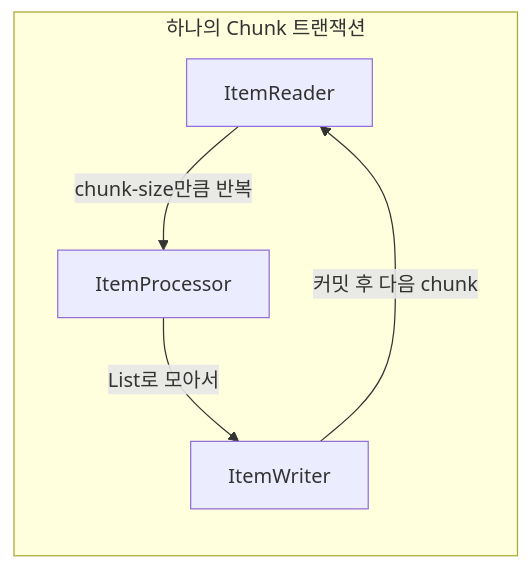
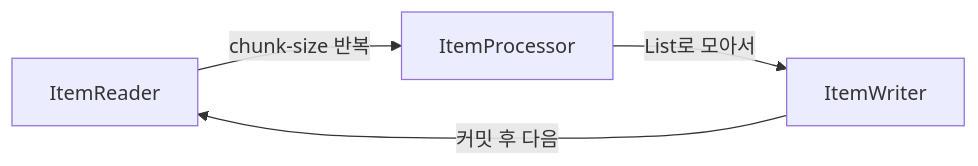
One commit to yjkim2015/yjkim2015.github.io changed the third of 5 diagrams in _posts/batch/2026-05-03-spring-batch-fundamentals.md. Above: the diagram before and after it, drawn with Mermaid. The commit also changed other lines of this file and 155 other files, not shown here.

First line of the commit message:
Mermaid 전면 수정: subgraph 제거, participant/노드/줄수 축소 (342블록)

````diff
--- a/_posts/batch/2026-05-03-spring-batch-fundamentals.md
+++ b/_posts/batch/2026-05-03-spring-batch-fundamentals.md
@@ -117,8 +117,6 @@
 ```mermaid
 flowchart LR
-    subgraph "하나의 Chunk 트랜잭션"
-        A["ItemReader"] -->|"chunk-size만큼 반복"| B["ItemProcessor"]
-        B -->|"List로 모아서"| C["ItemWriter"]
-    end
-    C -->|"커밋 후 다음 chunk"| A
+    A["ItemReader"] -->|"chunk-size 반복"| B["ItemProcessor"]
+    B -->|"List로 모아서"| C["ItemWriter"]
+    C -->|"커밋 후 다음"| A
 ```
````
